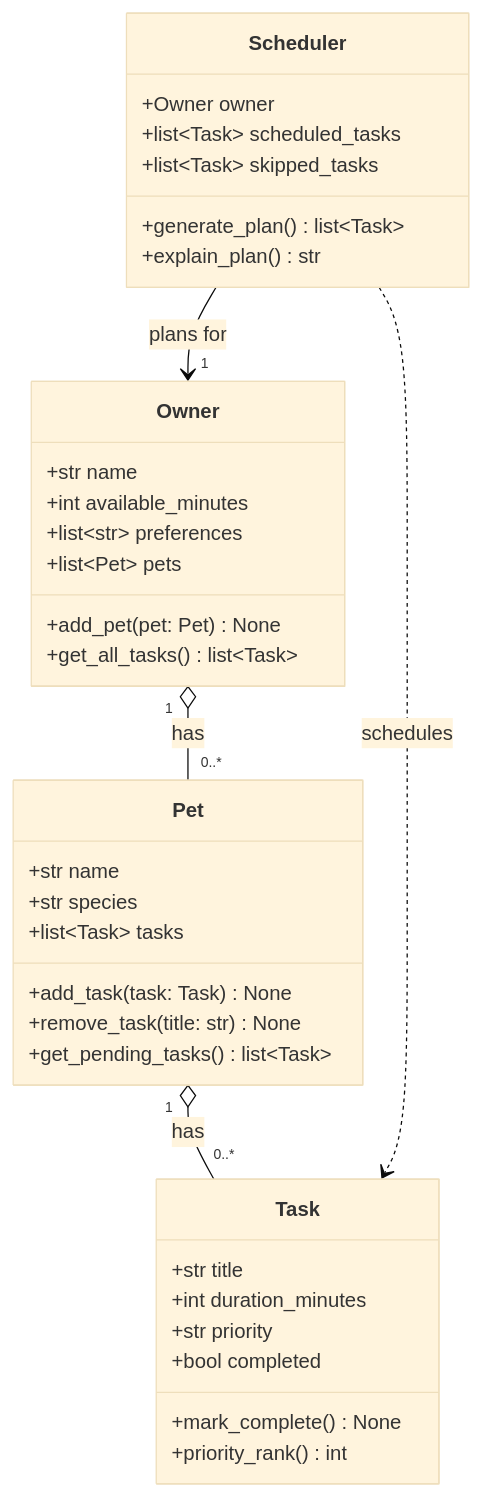
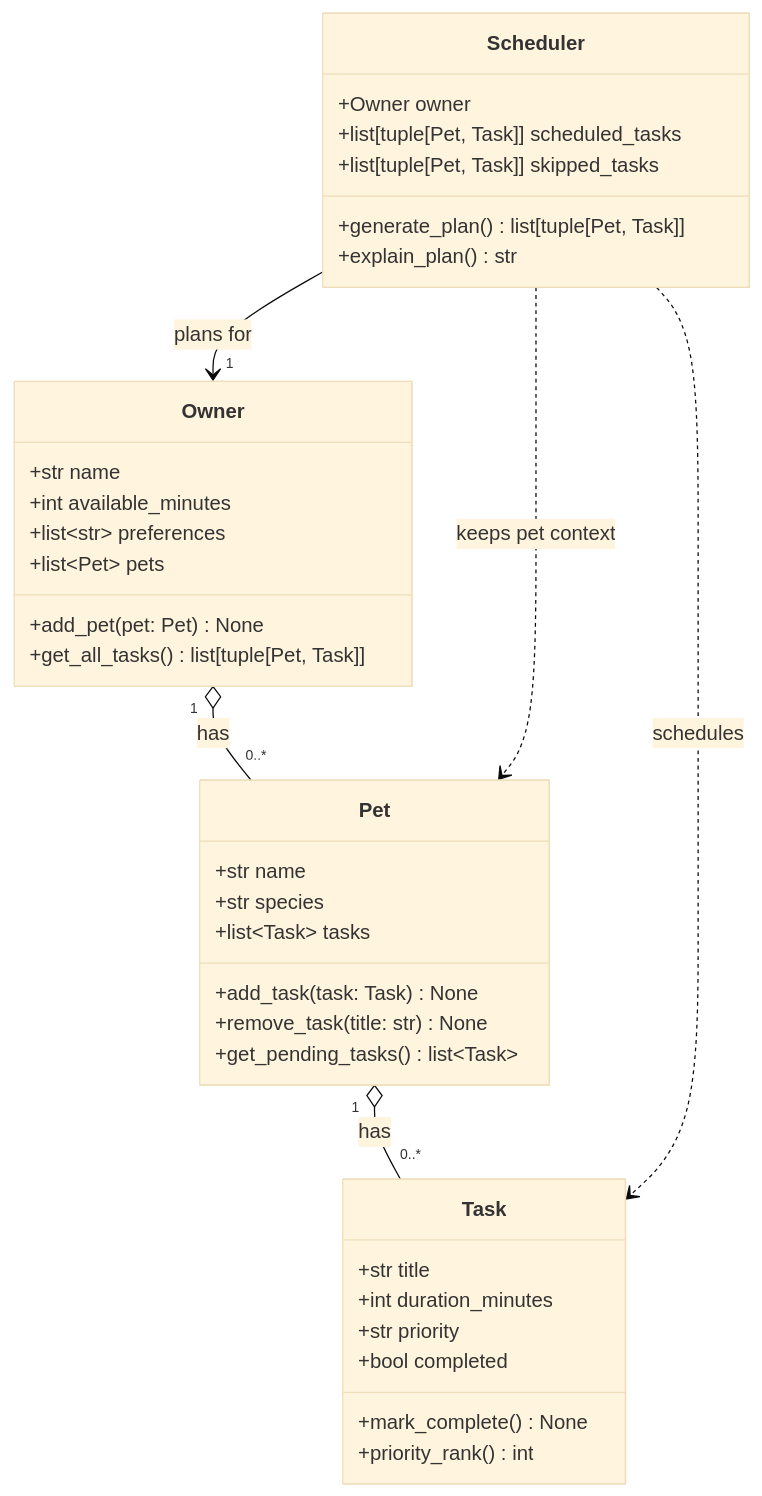
The diagram in diagrams/uml.mmd (ustafandy/ai110-module2show-pawpal-starter), drawn with Mermaid (base theme) before and after one commit. The commit also changed 2 other files, not shown here.

Commit message:
refactor: preserve pet context in scheduling design

```diff
--- a/diagrams/uml.mmd
+++ b/diagrams/uml.mmd
@@ -1,42 +1,43 @@
 classDiagram
     %% PawPal+ Phase 1 draft design (architecture only, no logic yet)
 
     class Owner {
         +str name
         +int available_minutes
         +list~str~ preferences
         +list~Pet~ pets
         +add_pet(pet: Pet) None
-        +get_all_tasks() list~Task~
+        +get_all_tasks() list[tuple[Pet, Task]]
     }
 
     class Pet {
         +str name
         +str species
         +list~Task~ tasks
         +add_task(task: Task) None
         +remove_task(title: str) None
         +get_pending_tasks() list~Task~
     }
 
     class Task {
         +str title
         +int duration_minutes
         +str priority
         +bool completed
         +mark_complete() None
         +priority_rank() int
     }
 
     class Scheduler {
         +Owner owner
-        +list~Task~ scheduled_tasks
-        +list~Task~ skipped_tasks
-        +generate_plan() list~Task~
+        +list[tuple[Pet, Task]] scheduled_tasks
+        +list[tuple[Pet, Task]] skipped_tasks
+        +generate_plan() list[tuple[Pet, Task]]
         +explain_plan() str
     }
 
     Owner "1" o-- "0..*" Pet : has
     Pet "1" o-- "0..*" Task : has
     Scheduler --> "1" Owner : plans for
     Scheduler ..> Task : schedules
+    Scheduler ..> Pet : keeps pet context
```
